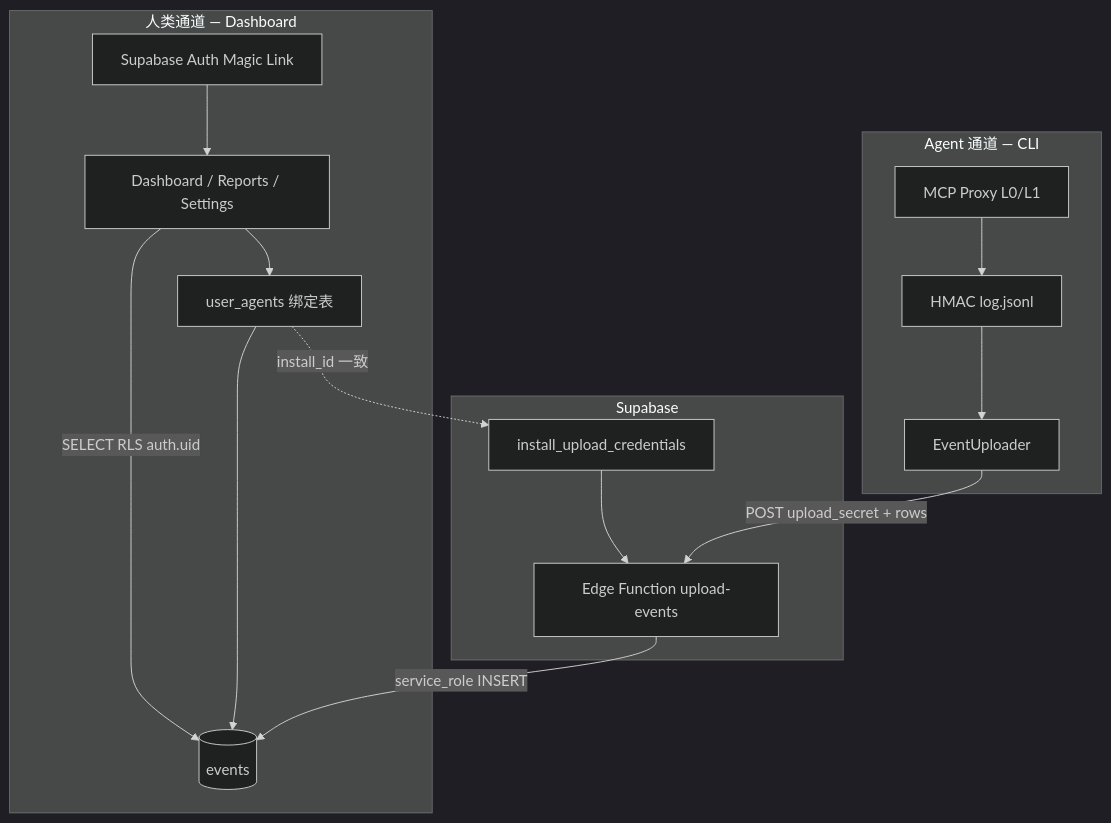
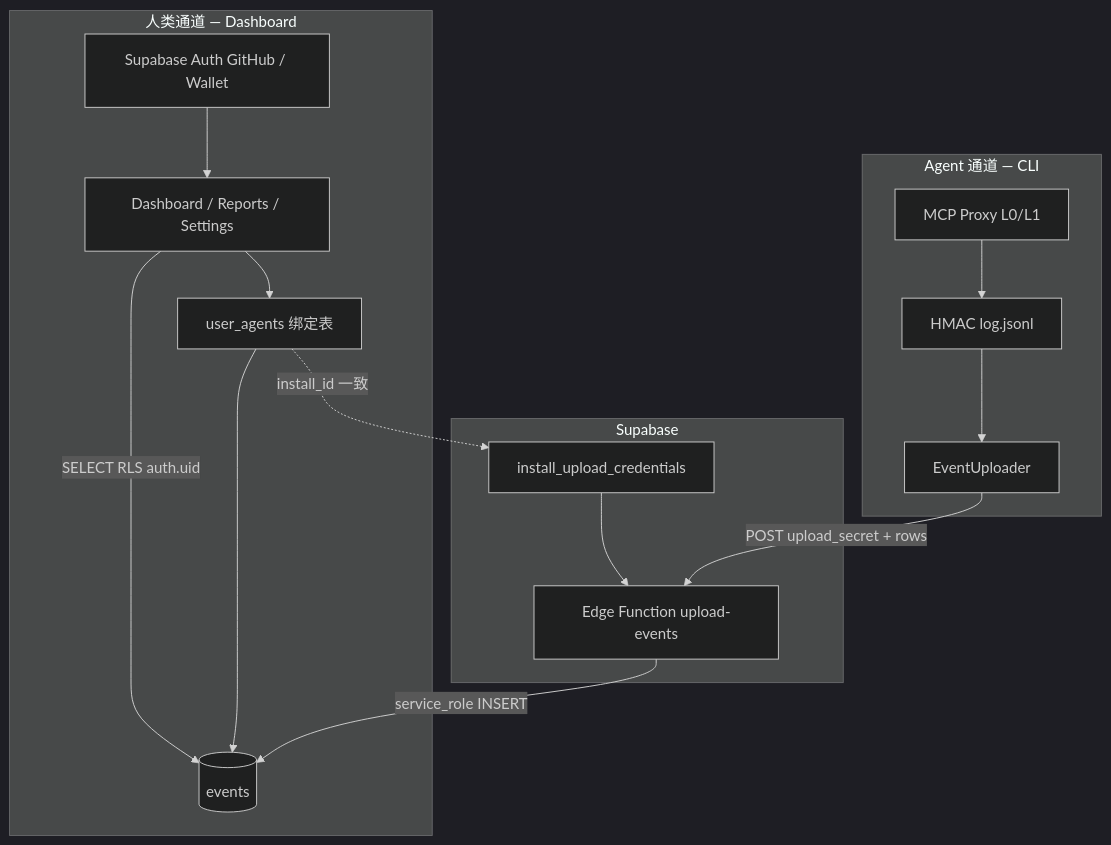
One commit to alex-agent-guard/agentwatch changed the diagram in docs/login_system_target.md. Above: the diagram before and after it, drawn with Mermaid (dark theme). The commit also changed other lines of this file and 137 other files, not shown here.

````diff
--- a/docs/login_system_target.md
+++ b/docs/login_system_target.md
@@ -49,31 +51,31 @@
 ```mermaid
 flowchart TB
   subgraph human [人类通道 — Dashboard]
-    Auth[Supabase Auth Magic Link]
+    Auth[Supabase Auth GitHub / Wallet]
     UA[user_agents 绑定表]
     Dash[Dashboard / Reports / Settings]
     Auth --> Dash
     Dash --> UA
     Dash -->|SELECT RLS auth.uid| Events[(events)]
   end
 
   subgraph agent [Agent 通道 — CLI]
     Proxy[MCP Proxy L0/L1]
     Log[HMAC log.jsonl]
     Up[EventUploader]
     Proxy --> Log
     Log --> Up
   end
 
   subgraph cloud [Supabase]
     IUC[install_upload_credentials]
     EF[Edge Function upload-events]
     Events
     UA --> Events
     IUC --> EF
   end
 
   Up -->|POST upload_secret + rows| EF
   EF -->|service_role INSERT| Events
   UA -.->|install_id 一致| IUC
 ```
````
